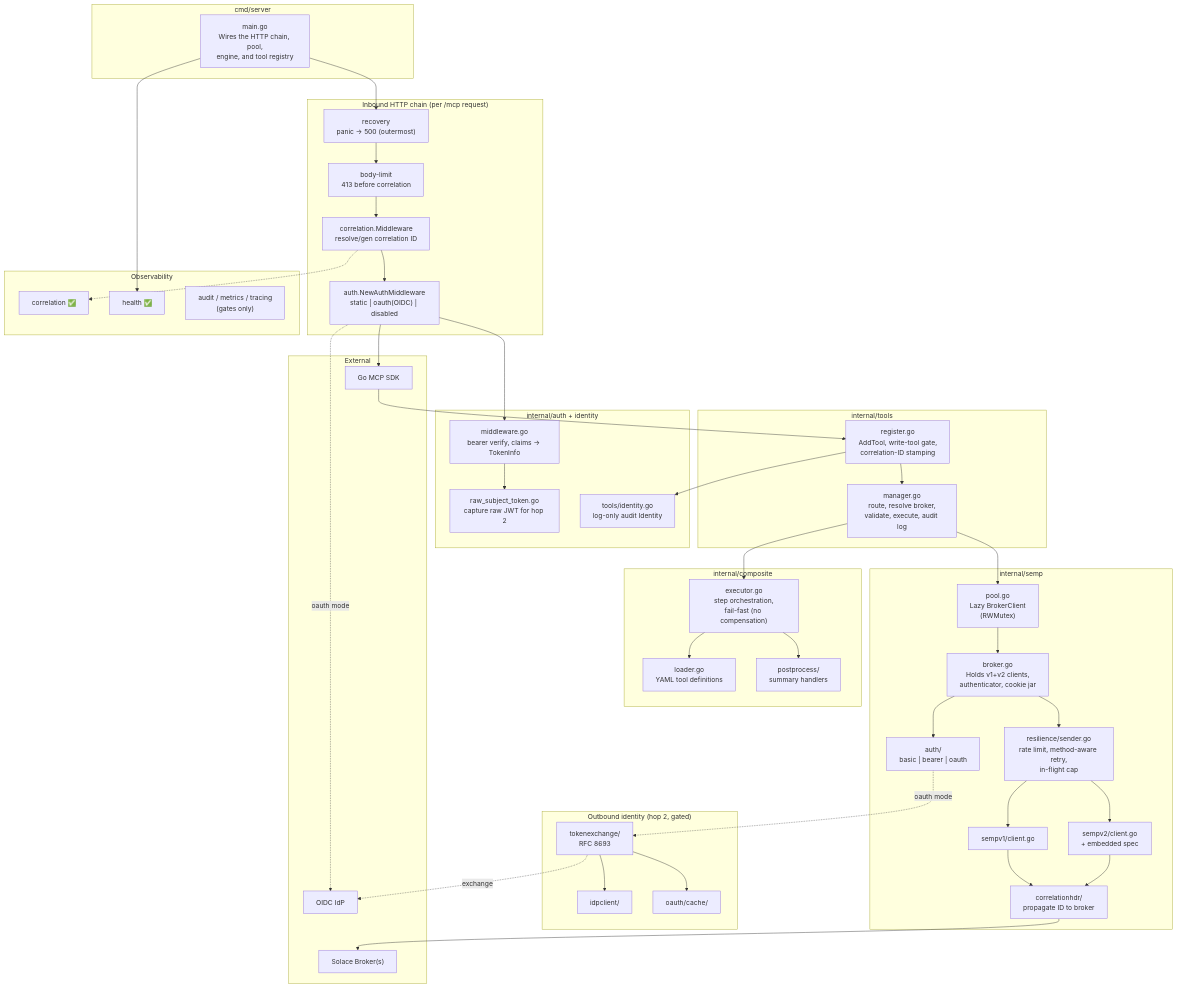
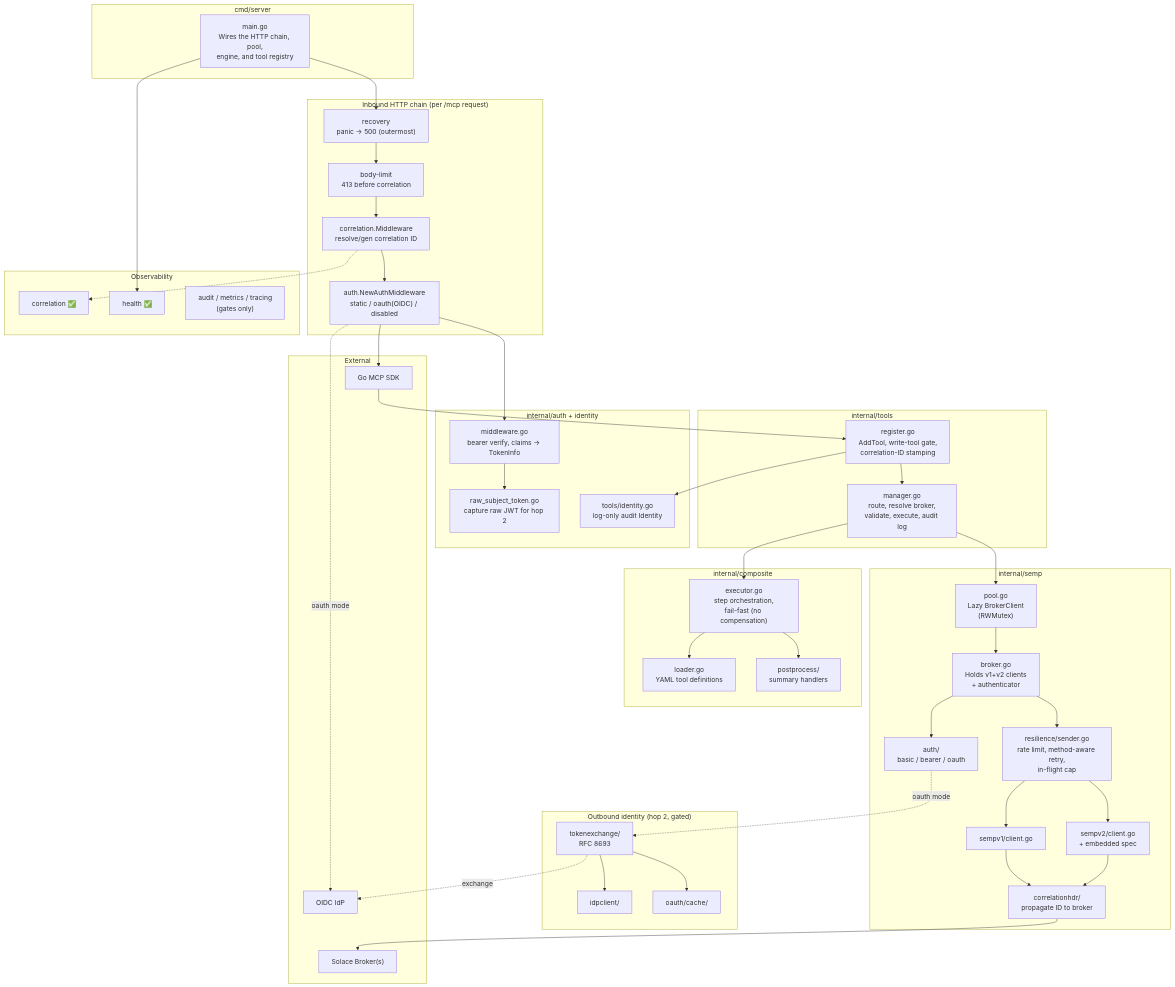
One commit to SolaceProducts/solace-broker-mcp changed the first of 6 diagrams in docs/internal/architecture.md. Above: the diagram before and after it, drawn with Mermaid. The commit also changed other lines of this file, not shown here.

First line of the commit message:
SOL-150695: Fix Mermaid render + auth-role/BrokerClient accuracy (review)

````diff
--- a/docs/internal/architecture.md
+++ b/docs/internal/architecture.md
@@ -70,82 +70,82 @@
 ```mermaid
 graph TB
     subgraph "cmd/server"
         MAIN["main.go<br/>Wires the HTTP chain, pool,<br/>engine, and tool registry"]
     end
 
     subgraph "Inbound HTTP chain (per /mcp request)"
         REC["recovery<br/>panic → 500 (outermost)"]
         LIMIT["body-limit<br/>413 before correlation"]
         CORR["correlation.Middleware<br/>resolve/gen correlation ID"]
-        AUTHMW["auth.NewAuthMiddleware<br/>static | oauth(OIDC) | disabled"]
+        AUTHMW["auth.NewAuthMiddleware<br/>static / oauth(OIDC) / disabled"]
     end
 
     subgraph "internal/auth + identity"
         VERIFY["middleware.go<br/>bearer verify, claims → TokenInfo"]
         RAWTOK["raw_subject_token.go<br/>capture raw JWT for hop 2"]
         IDENT["tools/identity.go<br/>log-only audit Identity"]
     end
 
     subgraph "internal/tools"
         REG["register.go<br/>AddTool, write-tool gate,<br/>correlation-ID stamping"]
         MGR["manager.go<br/>route, resolve broker,<br/>validate, execute, audit log"]
     end
 
     subgraph "internal/composite"
         EXEC["executor.go<br/>step orchestration,<br/>fail-fast (no compensation)"]
         LOADER["loader.go<br/>YAML tool definitions"]
         PP["postprocess/<br/>summary handlers"]
     end
 
     subgraph "internal/semp"
         POOL["pool.go<br/>Lazy BrokerClient<br/>(RWMutex)"]
-        BROKER["broker.go<br/>Holds v1+v2 clients,<br/>authenticator, cookie jar"]
+        BROKER["broker.go<br/>Holds v1+v2 clients<br/>+ authenticator"]
         SENDER["resilience/sender.go<br/>rate limit, method-aware retry,<br/>in-flight cap"]
-        SAUTH["auth/<br/>basic | bearer | oauth"]
+        SAUTH["auth/<br/>basic / bearer / oauth"]
         V1["sempv1/client.go"]
         V2["sempv2/client.go<br/>+ embedded spec"]
         CHDR["correlationhdr/<br/>propagate ID to broker"]
     end
 
     subgraph "Outbound identity (hop 2, gated)"
         TX["tokenexchange/<br/>RFC 8693"]
         IDP["idpclient/"]
         TCACHE["oauth/cache/"]
     end
 
     subgraph "Observability"
         OCORR["correlation ✅"]
         OHEALTH["health ✅"]
         OGATE["audit / metrics / tracing<br/>(gates only)"]
     end
 
     subgraph "External"
         MCP_SDK["Go MCP SDK"]
         IDPX["OIDC IdP"]
         BROKER_X["Solace Broker(s)"]
     end
 
     MAIN --> REC --> LIMIT --> CORR --> AUTHMW --> MCP_SDK
     AUTHMW --> VERIFY --> RAWTOK
     AUTHMW -. oauth mode .-> IDPX
     MCP_SDK --> REG --> MGR
     REG --> IDENT
     MGR --> POOL
     MGR --> EXEC
     EXEC --> LOADER
     EXEC --> PP
     POOL --> BROKER
     BROKER --> SENDER
     BROKER --> SAUTH
     SENDER --> V1
     SENDER --> V2
     V1 --> CHDR
     V2 --> CHDR
     SAUTH -. oauth mode .-> TX
     TX --> IDP
     TX --> TCACHE
     TX -. exchange .-> IDPX
     CHDR --> BROKER_X
     CORR -.-> OCORR
     MAIN --> OHEALTH
 ```
````
